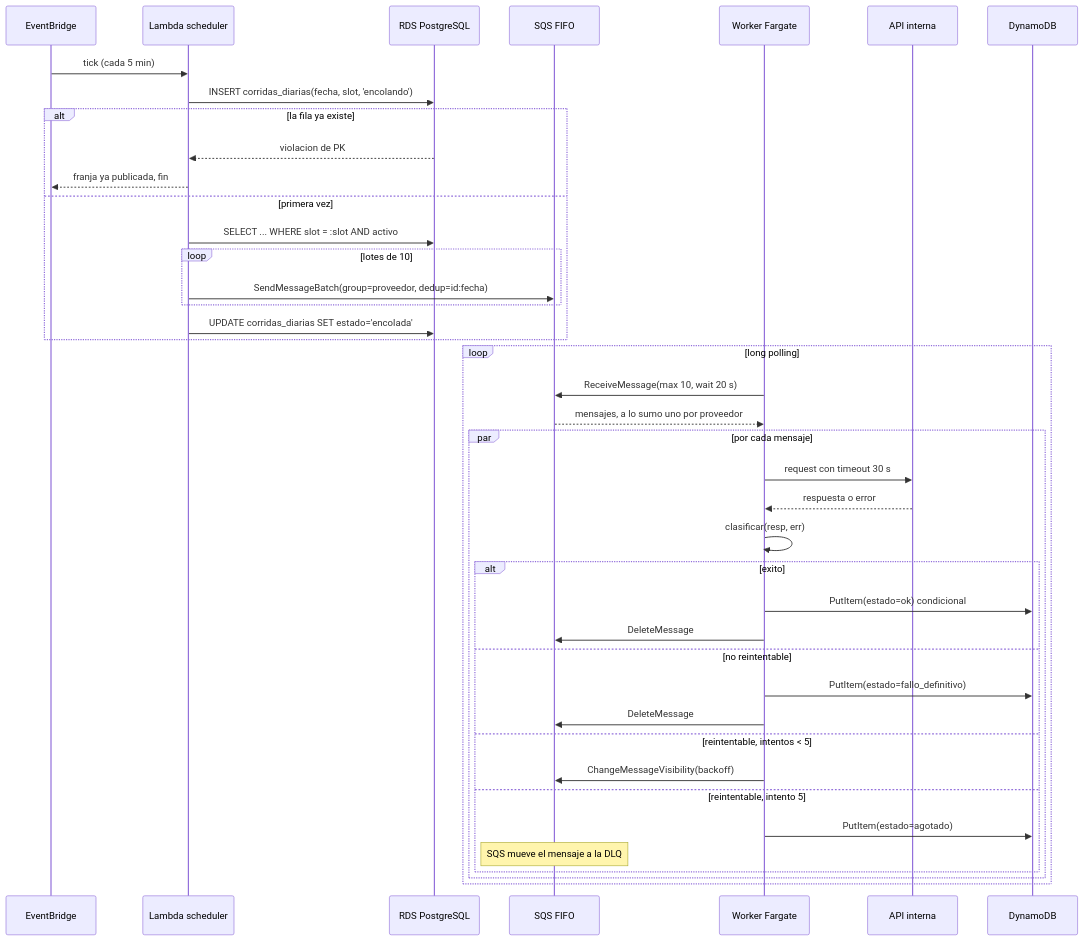
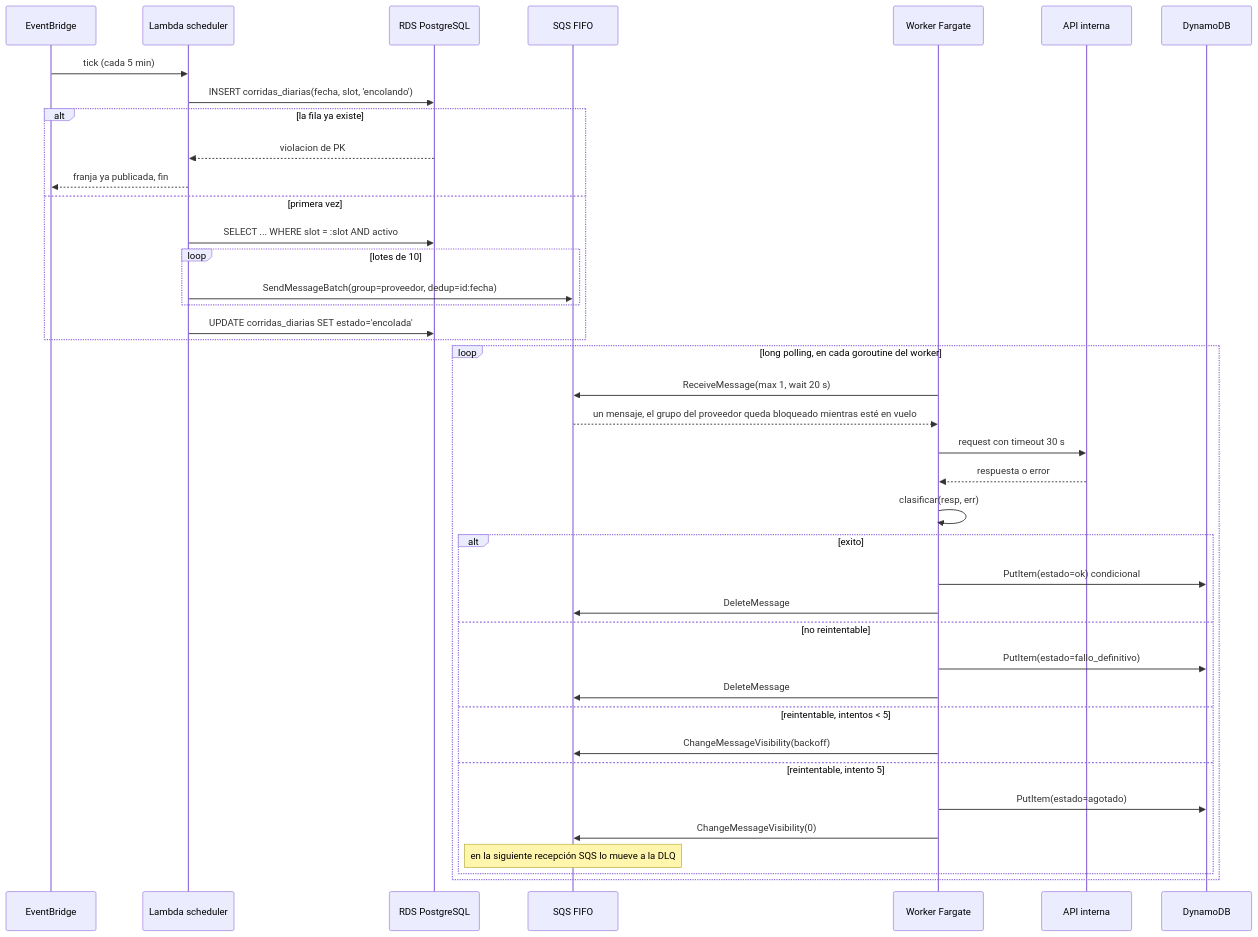
One commit to luxarts/consultas-diarias changed the second of 2 diagrams in README.md. Above: the diagram before and after it, drawn with Mermaid. The commit also changed other lines of this file and 9 other files, not shown here.

Commit message:
Recibir de a un mensaje por goroutine para respetar la serialización por proveedor y mandar los agotados a la DLQ sin esperar

````diff
--- a/README.md
+++ b/README.md
@@ -63,45 +63,44 @@
 ```mermaid
 sequenceDiagram
     participant EB as EventBridge
     participant S as Lambda scheduler
     participant PG as RDS PostgreSQL
     participant Q as SQS FIFO
     participant W as Worker Fargate
     participant API as API interna
     participant D as DynamoDB
 
     EB->>S: tick (cada 5 min)
     S->>PG: INSERT corridas_diarias(fecha, slot, 'encolando')
     alt la fila ya existe
         PG-->>S: violacion de PK
         S-->>EB: franja ya publicada, fin
     else primera vez
         S->>PG: SELECT ... WHERE slot = :slot AND activo
         loop lotes de 10
             S->>Q: SendMessageBatch(group=proveedor, dedup=id:fecha)
         end
         S->>PG: UPDATE corridas_diarias SET estado='encolada'
     end
 
-    loop long polling
-        W->>Q: ReceiveMessage(max 10, wait 20 s)
-        Q-->>W: mensajes, a lo sumo uno por proveedor
-        par por cada mensaje
-            W->>API: request con timeout 30 s
-            API-->>W: respuesta o error
-            W->>W: clasificar(resp, err)
-            alt exito
-                W->>D: PutItem(estado=ok) condicional
-                W->>Q: DeleteMessage
-            else no reintentable
-                W->>D: PutItem(estado=fallo_definitivo)
-                W->>Q: DeleteMessage
-            else reintentable, intentos < 5
-                W->>Q: ChangeMessageVisibility(backoff)
-            else reintentable, intento 5
-                W->>D: PutItem(estado=agotado)
-                Note over Q: SQS mueve el mensaje a la DLQ
-            end
+    loop long polling, en cada goroutine del worker
+        W->>Q: ReceiveMessage(max 1, wait 20 s)
+        Q-->>W: un mensaje, el grupo del proveedor queda bloqueado mientras esté en vuelo
+        W->>API: request con timeout 30 s
+        API-->>W: respuesta o error
+        W->>W: clasificar(resp, err)
+        alt exito
+            W->>D: PutItem(estado=ok) condicional
+            W->>Q: DeleteMessage
+        else no reintentable
+            W->>D: PutItem(estado=fallo_definitivo)
+            W->>Q: DeleteMessage
+        else reintentable, intentos < 5
+            W->>Q: ChangeMessageVisibility(backoff)
+        else reintentable, intento 5
+            W->>D: PutItem(estado=agotado)
+            W->>Q: ChangeMessageVisibility(0)
+            Note over Q: en la siguiente recepción SQS lo mueve a la DLQ
         end
     end
 ```
````
